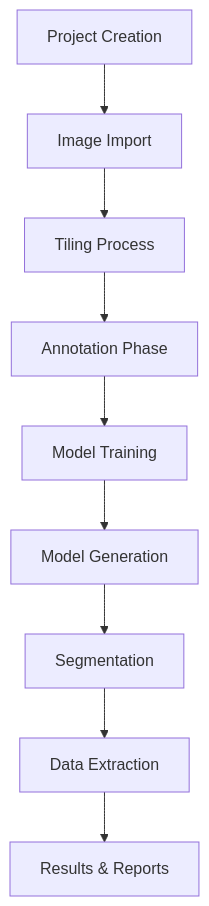
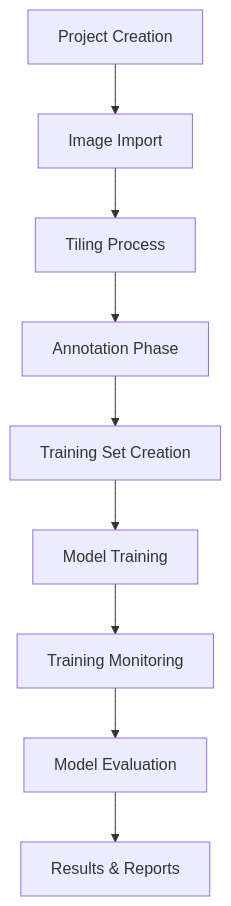
Before and after one commit to frontierbio-tech/frontierbio-tech.github.io: the first of 4 diagrams in studio.md, drawn with Mermaid. The commit also changed other lines of this file, not shown here.

````diff
--- a/studio.md
+++ b/studio.md
@@ -99,11 +99,11 @@
 ```mermaid
 graph TD
     A[Project Creation] --> B[Image Import]
     B --> C[Tiling Process]
     C --> D[Annotation Phase]
-    D --> E[Model Training]
-    E --> F[Model Generation]
-    F --> G[Segmentation]
-    G --> H[Data Extraction]
+    D --> E[Training Set Creation]
+    E --> F[Model Training]
+    F --> G[Training Monitoring]
+    G --> H[Model Evaluation]
     H --> I[Results & Reports]
 ```
````
